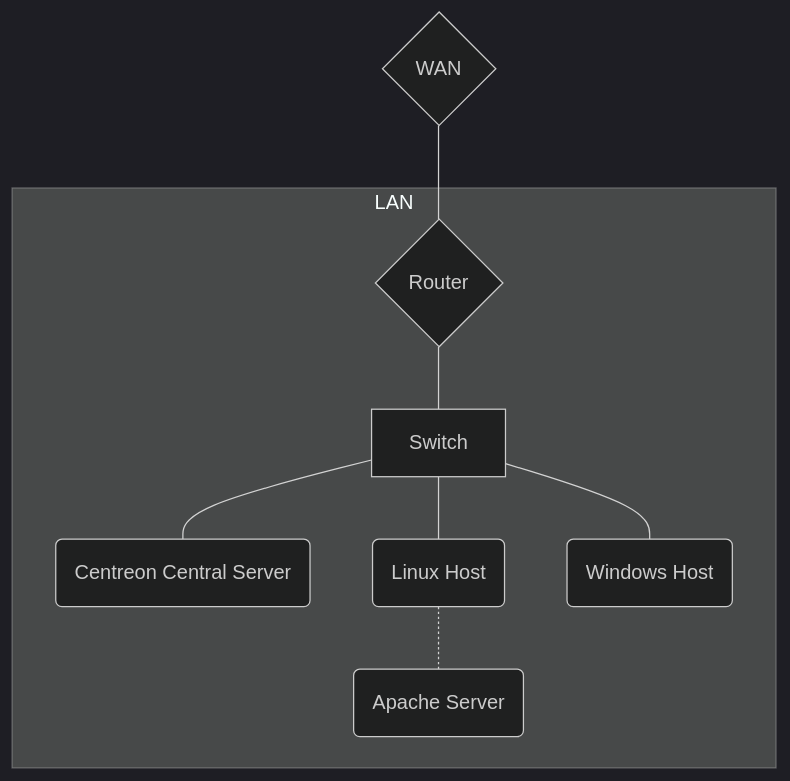
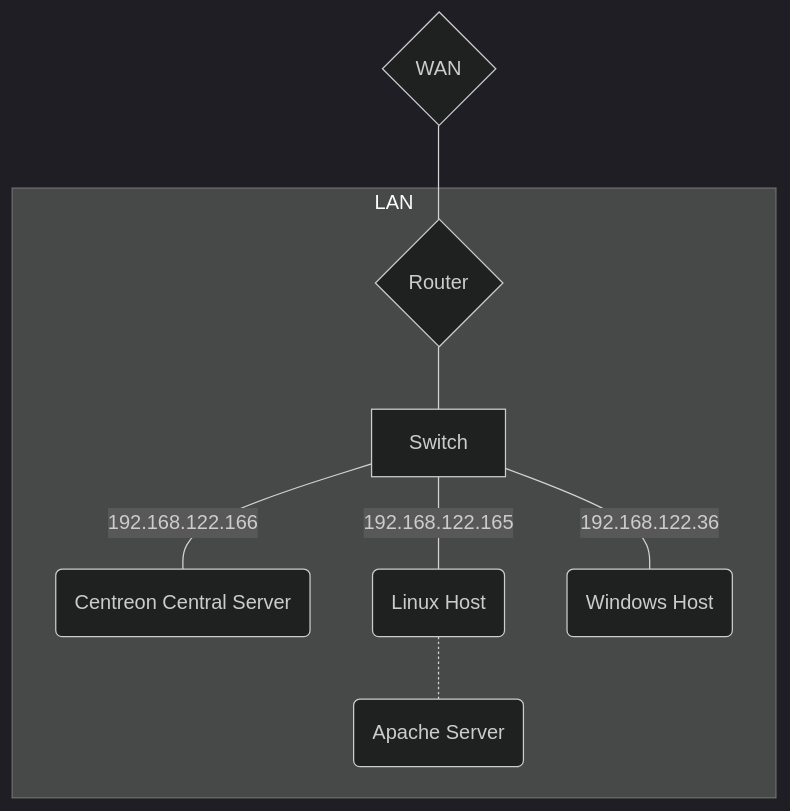
Before and after one commit to xeylou/testade.xeylou.fr: the third of 3 diagrams in content/posts/centreon-it-overview/index.md, drawn with Mermaid. The commit also changed other lines of this file and 13 other files, not shown here.

```diff
--- a/content/posts/centreon-it-overview/index.md
+++ b/content/posts/centreon-it-overview/index.md
@@ -148,19 +148,21 @@
 {{< mermaid >}}
 %%{init: {'theme':'dark'}}%%
 graph TD
 
 subgraph lan[LAN]
 router{Router}
 switch[Switch]
 centreon(Centreon Central Server)
 linux(Linux Host)
 win(Windows Host)
 apache(Apache Server)
 end
 
 wan{WAN} --- router
 router --- switch
-switch --- centreon & linux & win
+switch ---|192.168.122.166| centreon
+switch ---|192.168.122.165| linux
+switch ---|192.168.122.36| win
 linux -.- apache
 
 {{< /mermaid >}}
```
